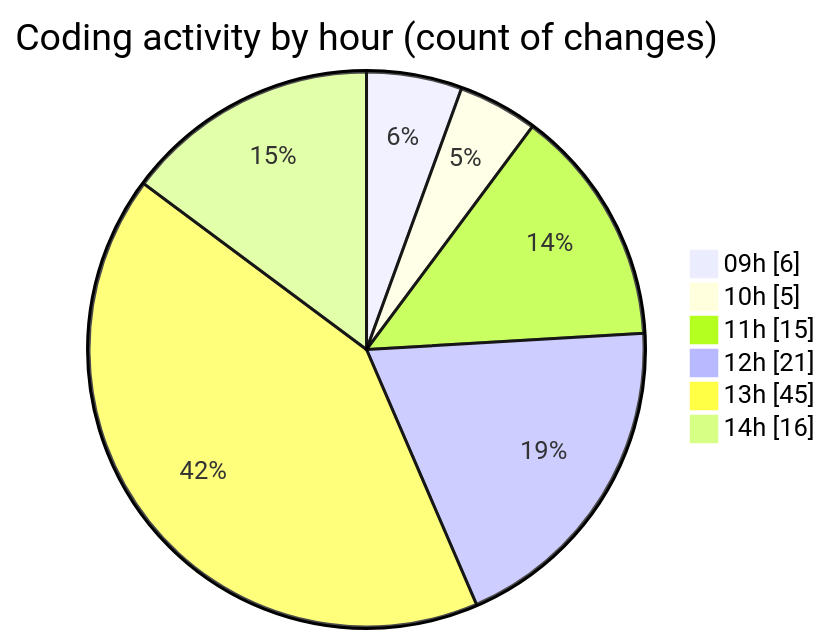
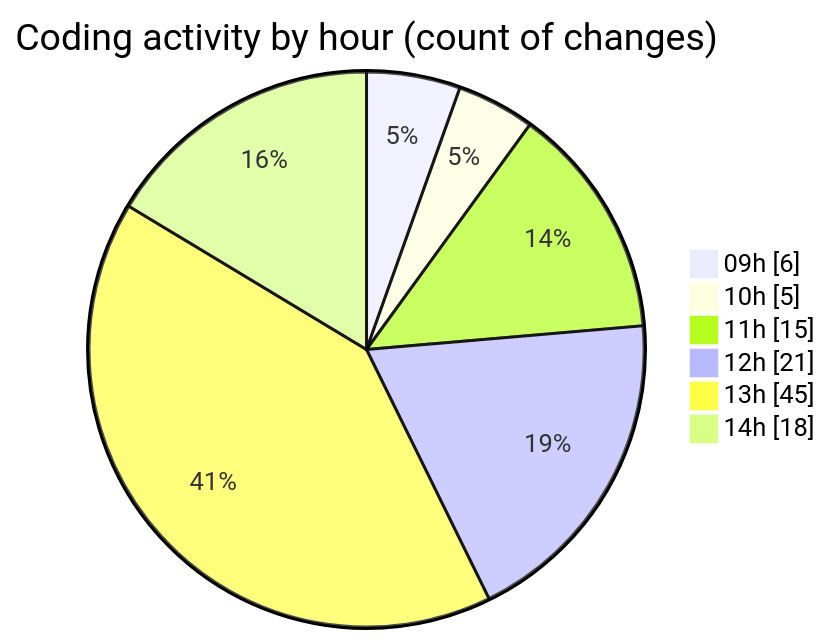
Before and after one commit to momahboobian/code-tracking: the second of 2 diagrams in 2025-10-02/cda/README.md, drawn with Mermaid. The commit also changed other lines of this file and 1 other file, not shown here.

````diff
--- a/2025-10-02/cda/README.md
+++ b/2025-10-02/cda/README.md
@@ -40,10 +40,10 @@
 ```mermaid
 pie showData
 title Coding activity by hour (count of changes)
 "09h" : 6
 "10h" : 5
 "11h" : 15
 "12h" : 21
 "13h" : 45
-"14h" : 16
+"14h" : 18
 ```
````
